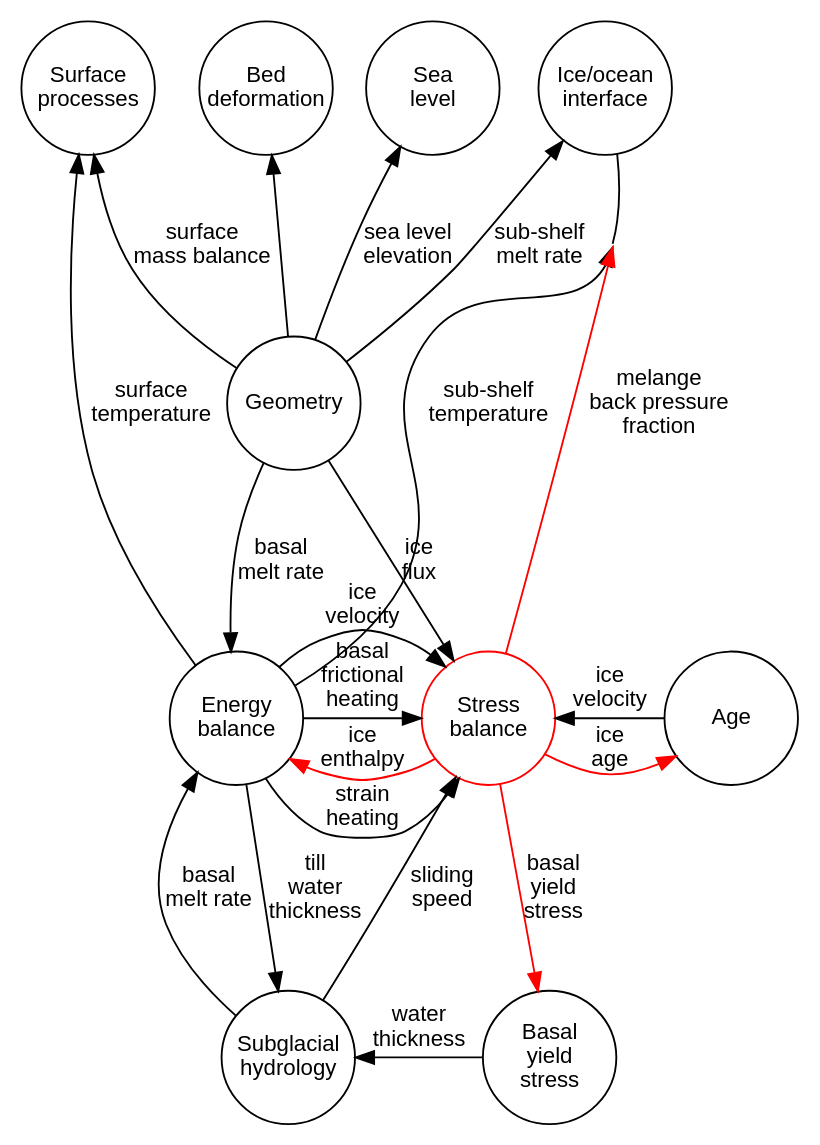
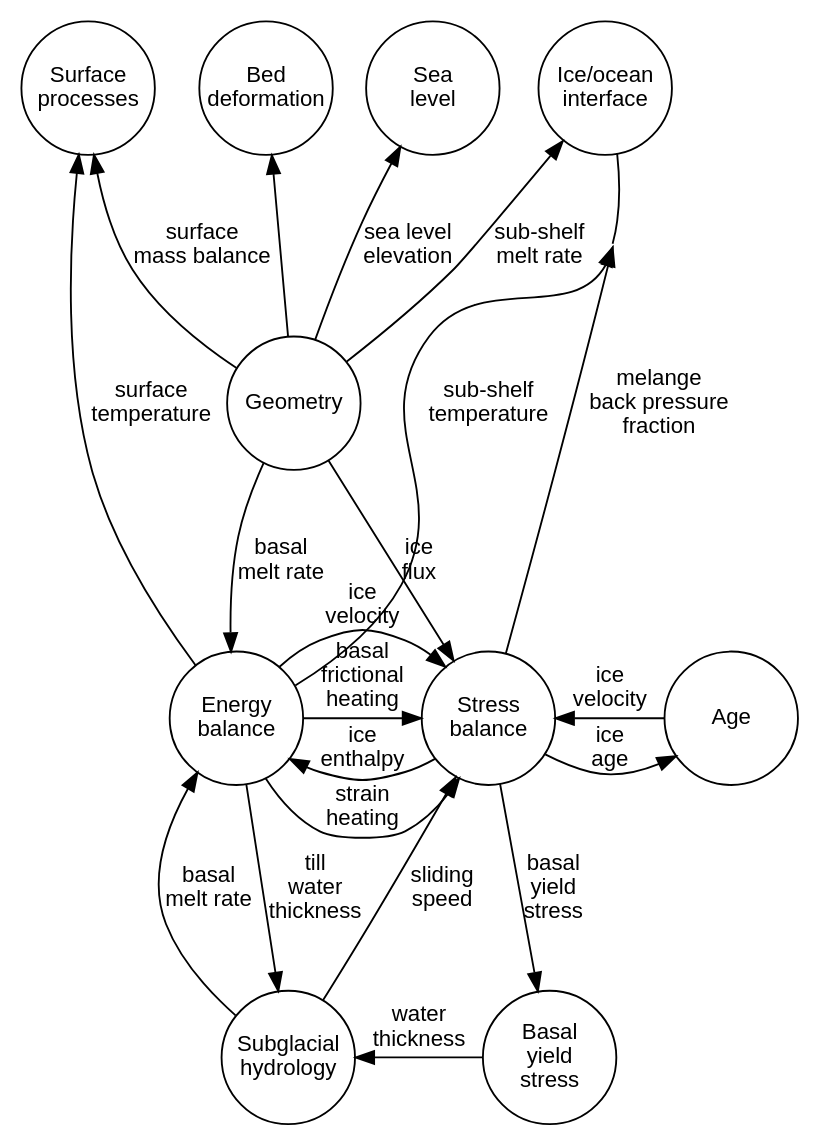
Before and after one commit to ckhroulev/pism-nims: the diagram in figures/dependencies.org, drawn with Graphviz. The commit also changed other lines of this file and 5 other files, not shown here.

Commit message:
More color in dependency graphs

```diff
--- a/figures/dependencies.org
+++ b/figures/dependencies.org
@@ -1,65 +1,65 @@
-#+BEGIN_SRC dot :file update-stress.png :tangle update.dot
+#+BEGIN_SRC dot :file update.png :tangle update.dot
 digraph {
 graph [layout=dot, ranksep=1, concentrate=yes];
 node [fontname=Arial, fontsize=12, shape=circle, fixedsize=yes, width=1];
 edge [fontname=Arial, fontsize=12]
 
 subgraph forcing {
 rank=min
 sea_level [label="Sea\nlevel"]
 surface [label="Surface\nprocesses"]
 ocean [label="Ice/ocean\ninterface"]
 bed [label="Bed\ndeformation"]
 }
 
-geometry [label="Geometry" color=black]
+geometry [label="Geometry" color=black fontcolor=black]
 
 {rank=same
 age [label="Age"]
-energy [label="Energy\nbalance" color=black]
-stress [label="Stress\nbalance" color=red]
+energy [label="Energy\nbalance" color=black fontcolor=black]
+stress [label="Stress\nbalance" color=black fontcolor=black]
 }
 
 {rank=same
 hydrology [label="Subglacial\nhydrology"]
 yield_stress [label="Basal\nyield\nstress"]
 }
 
-{edge [color=black]
+{edge [color=black fontcolor=black]
 geometry -> bed
 geometry -> stress [label="ice\nflux"]
 geometry -> surface [label="surface\nmass balance"]
 geometry -> energy [label="basal\nmelt rate"]
 geometry -> ocean [label="sub-shelf\nmelt rate"]
 geometry -> sea_level [label="sea level\nelevation"]
 }
 //bed -> geometry
 
-{edge [color=red]
+{edge [color=black, fontcolor=black]
 stress -> yield_stress [label="basal\nyield\nstress"]
 stress -> ocean [label="melange\nback pressure\nfraction"]
 // stress -> geometry
 stress -> energy [label="ice\nenthalpy"]
 stress -> age [label="ice\nage"]
 }
 
 // yield_stress -> geometry
 yield_stress -> hydrology [label="water\nthickness", constraint=no]
 
-{edge [color=black]
+{edge [color=black fontcolor=black]
 energy -> stress [label="ice\nvelocity"]
 energy -> stress [label="basal\nfrictional\nheating"]
 energy -> stress [label="strain\nheating"]
 energy -> ocean [label="sub-shelf\ntemperature"]
 energy -> hydrology [label="till\nwater\nthickness"]
 energy -> surface [label=" surface\ntemperature"]
 }
 
 // hydrology -> geometry
 hydrology -> energy [label="basal\nmelt rate"]
 hydrology -> stress [label="sliding\nspeed"]
 
 age -> stress [label="ice\nvelocity"]
 // age -> geometry
 }
 #+END_SRC
```
